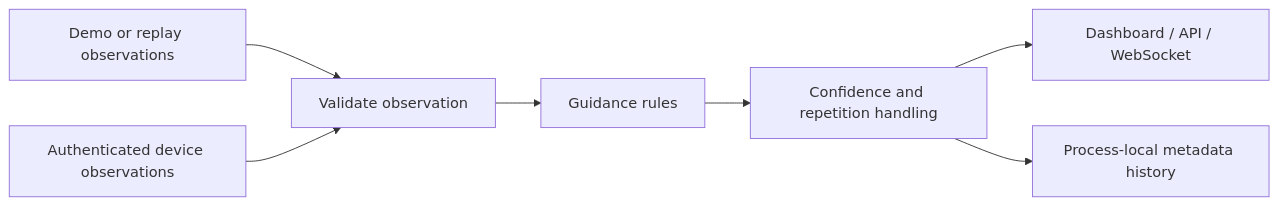
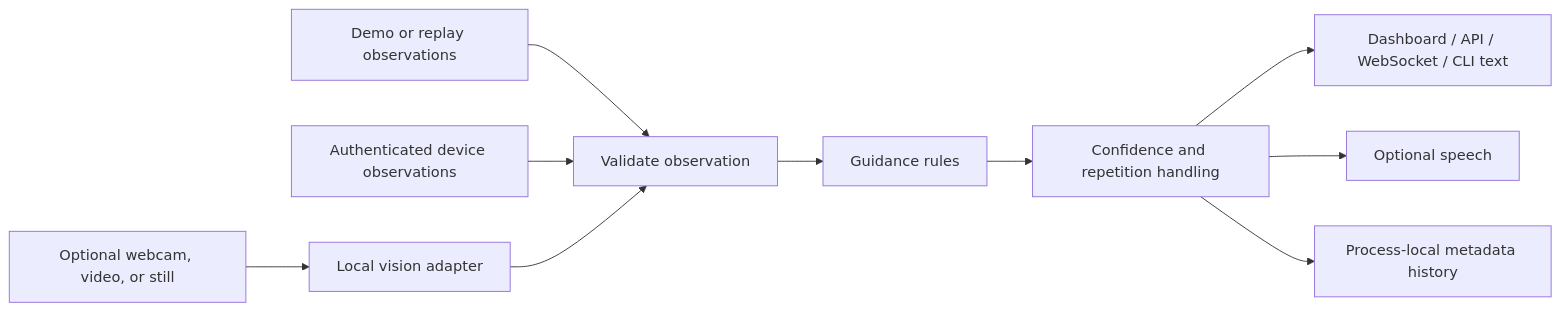
Before and after one commit to DresdenGman/AIGlasses_for_navigation: the diagram in docs/PROJECT_OVERVIEW.md, drawn with Mermaid. The commit also changed other lines of this file and 33 other files, not shown here.

````diff
--- a/docs/PROJECT_OVERVIEW.md
+++ b/docs/PROJECT_OVERVIEW.md
@@ -31,9 +33,12 @@
 ```mermaid
 flowchart LR
     A[Demo or replay observations] --> C[Validate observation]
     B[Authenticated device observations] --> C
+    W[Optional webcam, video, or still] --> P[Local vision adapter]
+    P --> C
     C --> D[Guidance rules]
     D --> E[Confidence and repetition handling]
-    E --> F[Dashboard / API / WebSocket]
+    E --> F[Dashboard / API / WebSocket / CLI text]
+    E --> S[Optional speech]
     E --> G[Process-local metadata history]
 ```
````
